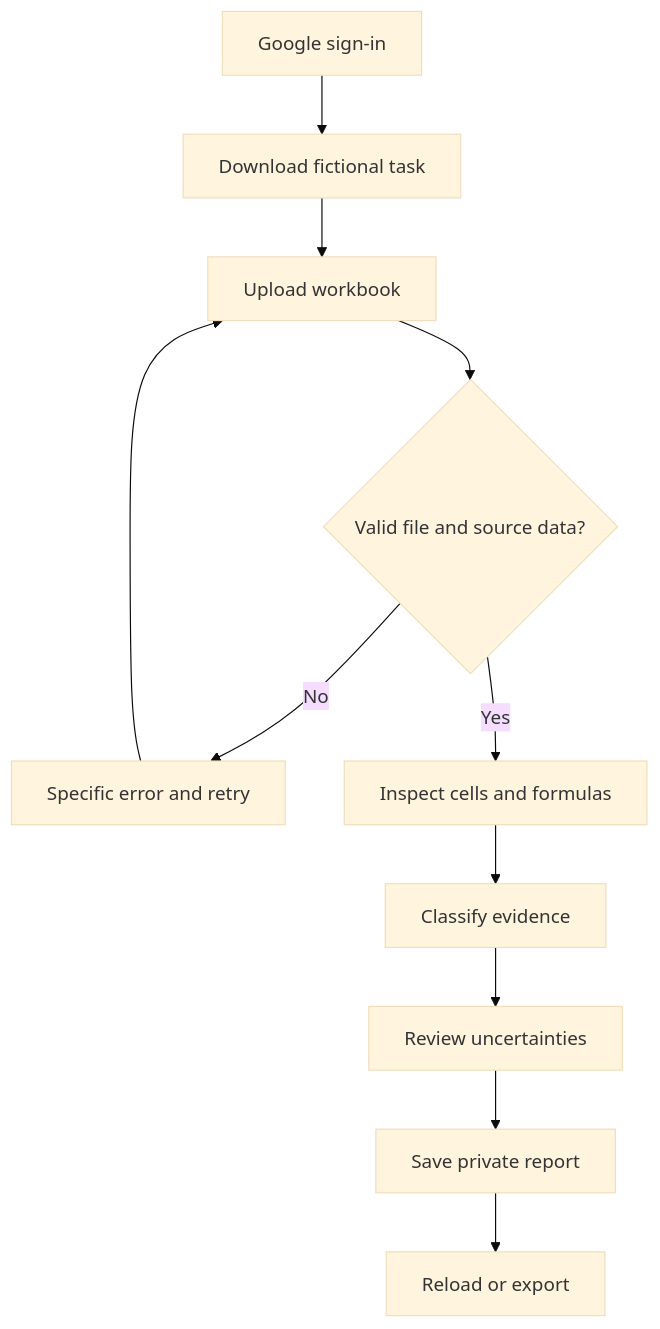
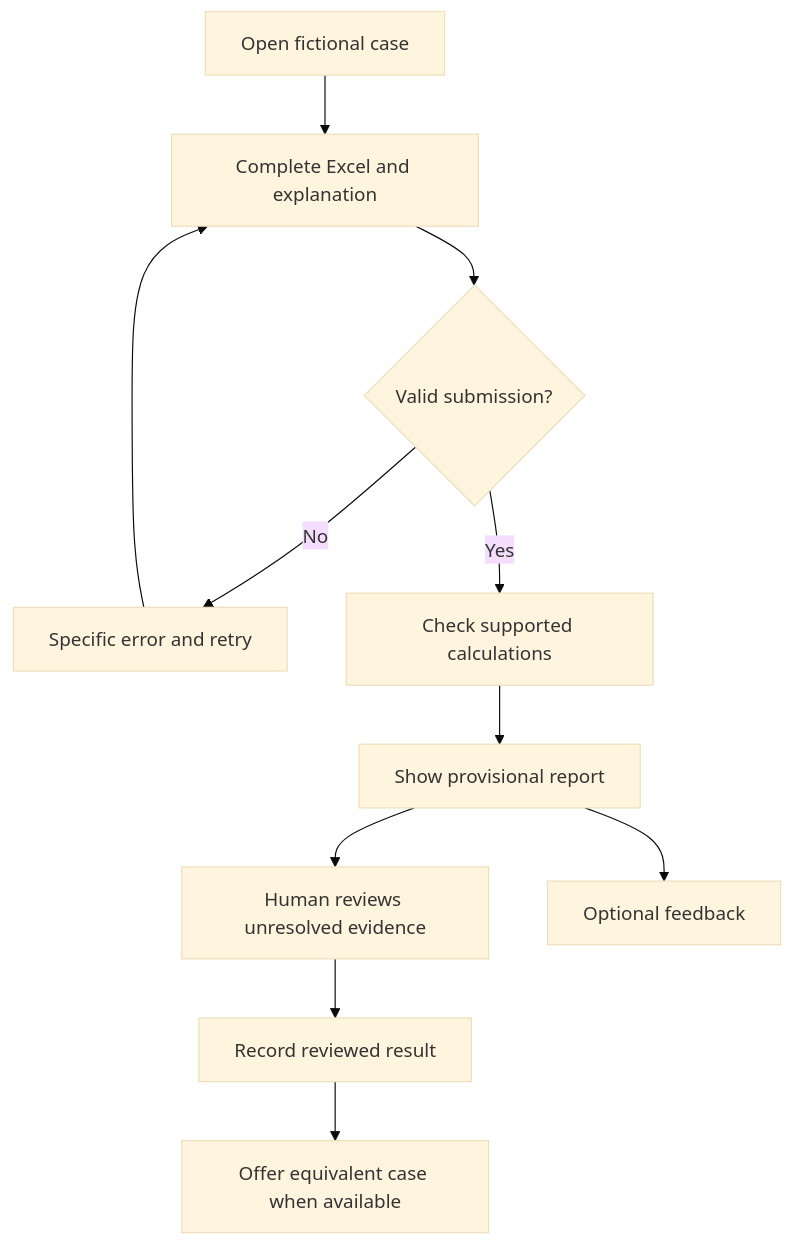
Before and after one commit to valeriakarambuilds-sketch/skillproof-mx: the first of 2 diagrams in docs/PACKET.md, drawn with Mermaid (base theme). The commit also changed other lines of this file and 1 other file, not shown here.

````diff
--- a/docs/PACKET.md
+++ b/docs/PACKET.md
@@ -20,13 +31,13 @@
 ```mermaid
 flowchart TD
- A[Google sign-in] --> B[Download fictional task]
- B --> C[Upload workbook]
- C --> D{Valid file and source data?}
- D -->|No| E[Specific error and retry]
- E --> C
- D -->|Yes| F[Inspect cells and formulas]
- F --> G[Classify evidence]
- G --> H[Review uncertainties]
- H --> I[Save private report]
- I --> J[Reload or export]
+ A[Open fictional case] --> B[Complete Excel and explanation]
+ B --> C{Valid submission?}
+ C -->|No| D[Specific error and retry]
+ D --> B
+ C -->|Yes| E[Check supported calculations]
+ E --> F[Show provisional report]
+ F --> G[Human reviews unresolved evidence]
+ G --> H[Record reviewed result]
+ F --> I[Optional feedback]
+ H --> J[Offer equivalent case when available]
 ```
````
